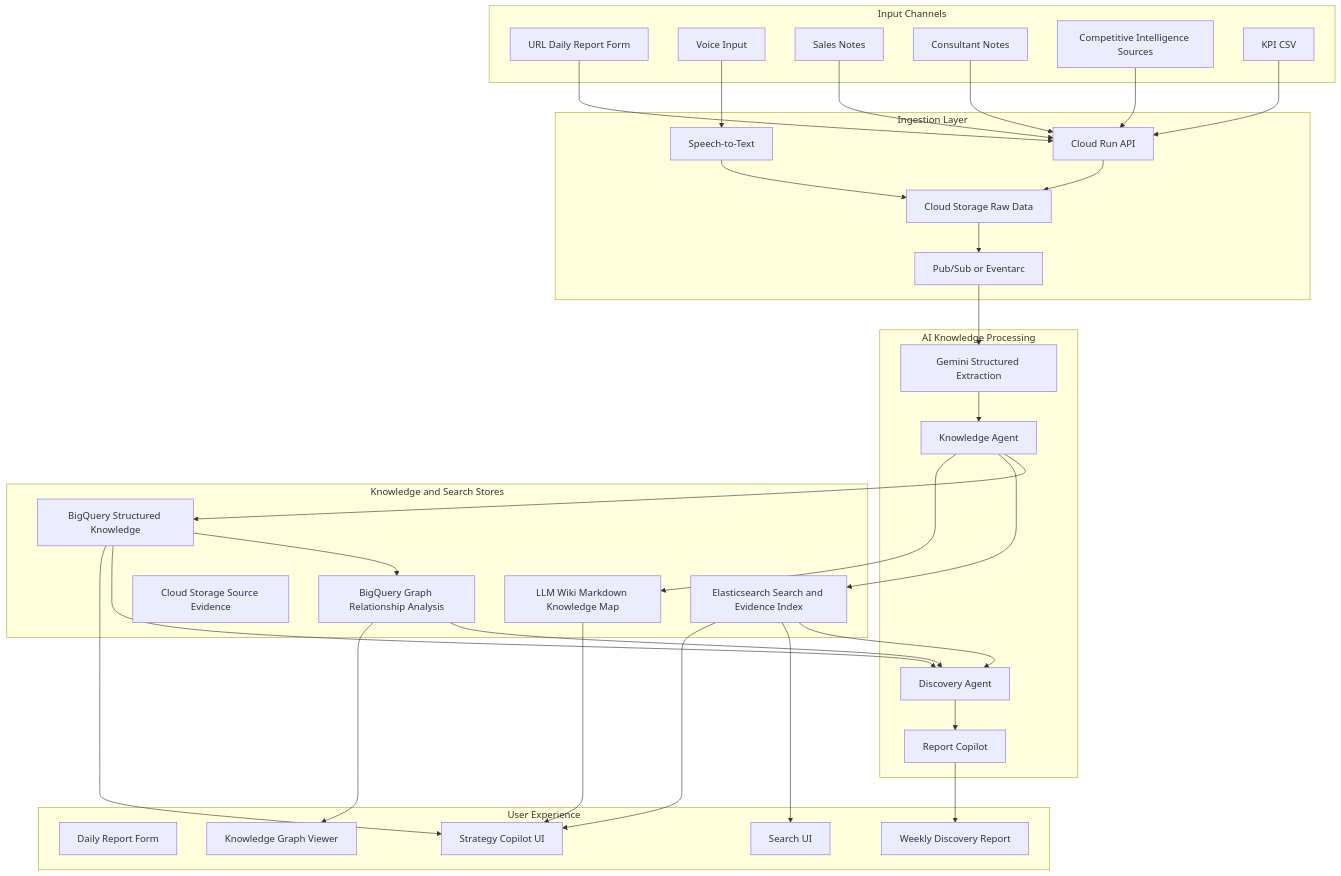
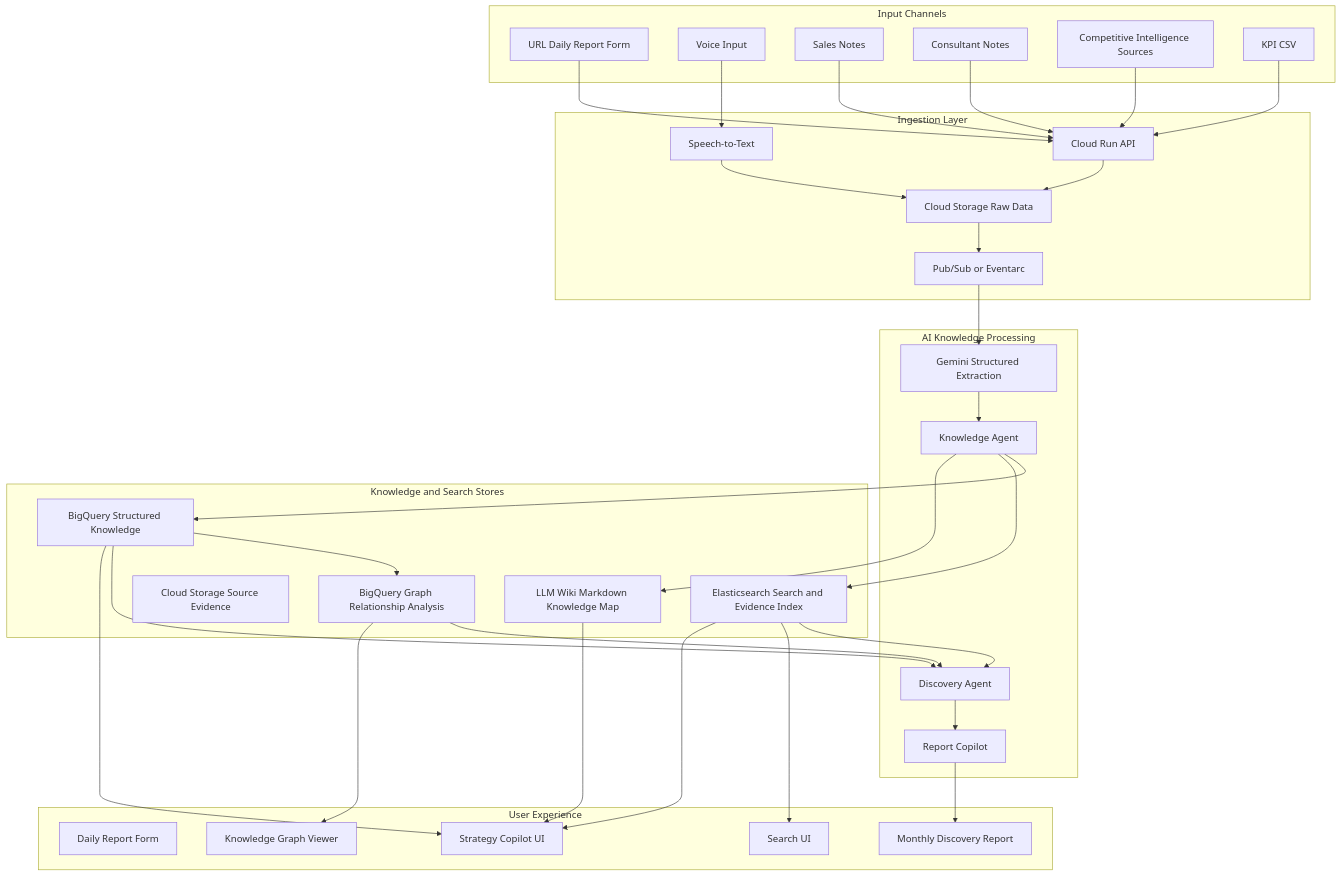
One commit to aba4b3a/ai-agent-hackson_consult-copilot changed the diagram in docs/spec/continuous_discovery_agent_requirements.md. Above: the diagram before and after it, drawn with Mermaid. The commit also changed other lines of this file and 7 other files, not shown here.

````diff
--- a/docs/spec/continuous_discovery_agent_requirements.md
+++ b/docs/spec/continuous_discovery_agent_requirements.md
@@ -91,66 +91,66 @@
 ```mermaid
 flowchart TB
     subgraph Input[Input Channels]
         A1[URL Daily Report Form]
         A2[Voice Input]
         A3[Sales Notes]
         A4[Consultant Notes]
         A5[Competitive Intelligence Sources]
         A6[KPI CSV]
     end
 
     subgraph Ingestion[Ingestion Layer]
         B1[Cloud Run API]
         B2[Cloud Storage Raw Data]
         B3[Pub/Sub or Eventarc]
         B4[Speech-to-Text]
     end
 
     subgraph AI[AI Knowledge Processing]
         C1[Gemini Structured Extraction]
         C2[Knowledge Agent]
         C3[Discovery Agent]
         C4[Report Copilot]
     end
 
     subgraph Stores[Knowledge and Search Stores]
         D1[BigQuery Structured Knowledge]
         D2[BigQuery Graph Relationship Analysis]
         D3[Elasticsearch Search and Evidence Index]
         D4[Cloud Storage Source Evidence]
         D5[LLM Wiki Markdown Knowledge Map]
     end
 
     subgraph UI[User Experience]
         E1[Daily Report Form]
         E2[Search UI]
         E3[Knowledge Graph Viewer]
-        E4[Weekly Discovery Report]
+        E4[Monthly Discovery Report]
         E5[Strategy Copilot UI]
     end
 
     A1 --> B1
     A2 --> B4 --> B2
     A3 --> B1
     A4 --> B1
     A5 --> B1
     A6 --> B1
     B1 --> B2
     B2 --> B3
     B3 --> C1
     C1 --> C2
     C2 --> D1
     C2 --> D3
     C2 --> D5
     D1 --> D2
     D1 --> C3
     D2 --> C3
     D3 --> C3
     C3 --> C4
     D3 --> E2
     D2 --> E3
     C4 --> E4
     D5 --> E5
     D3 --> E5
     D1 --> E5
 ```
````
